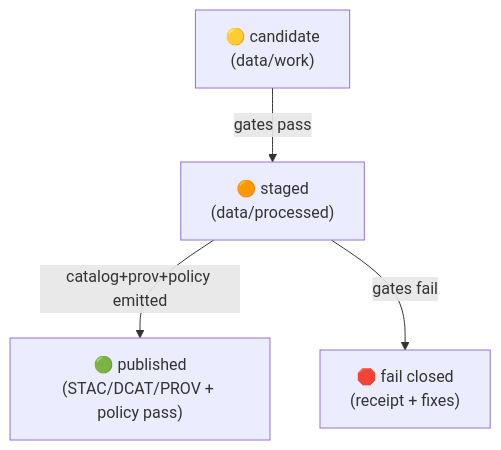
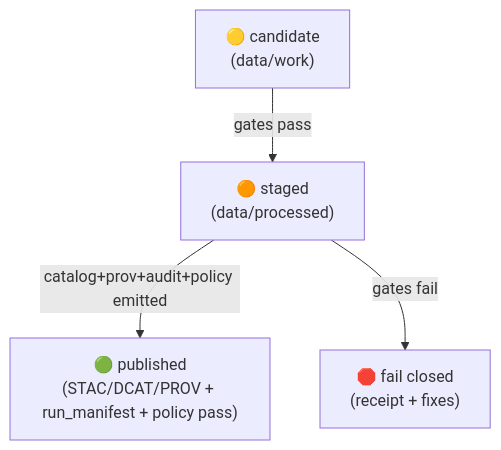
Before and after one commit to bartytime4life/Kansas-Frontier-Matrix: the second of 4 diagrams in pipelines/README.md, drawn with Mermaid. The commit also changed other lines of this file, not shown here.

````diff
--- a/pipelines/README.md
+++ b/pipelines/README.md
@@ -299,6 +369,6 @@
 ```mermaid
 flowchart TB
   C["🟡 candidate\n(data/work)"] -->|gates pass| S["🟠 staged\n(data/processed)"]
-  S -->|catalog+prov+policy emitted| P["🟢 published\n(STAC/DCAT/PROV + policy pass)"]
+  S -->|catalog+prov+audit+policy emitted| P["🟢 published\n(STAC/DCAT/PROV + run_manifest + policy pass)"]
   S -->|gates fail| F["🛑 fail closed\n(receipt + fixes)"]
 ```
````
